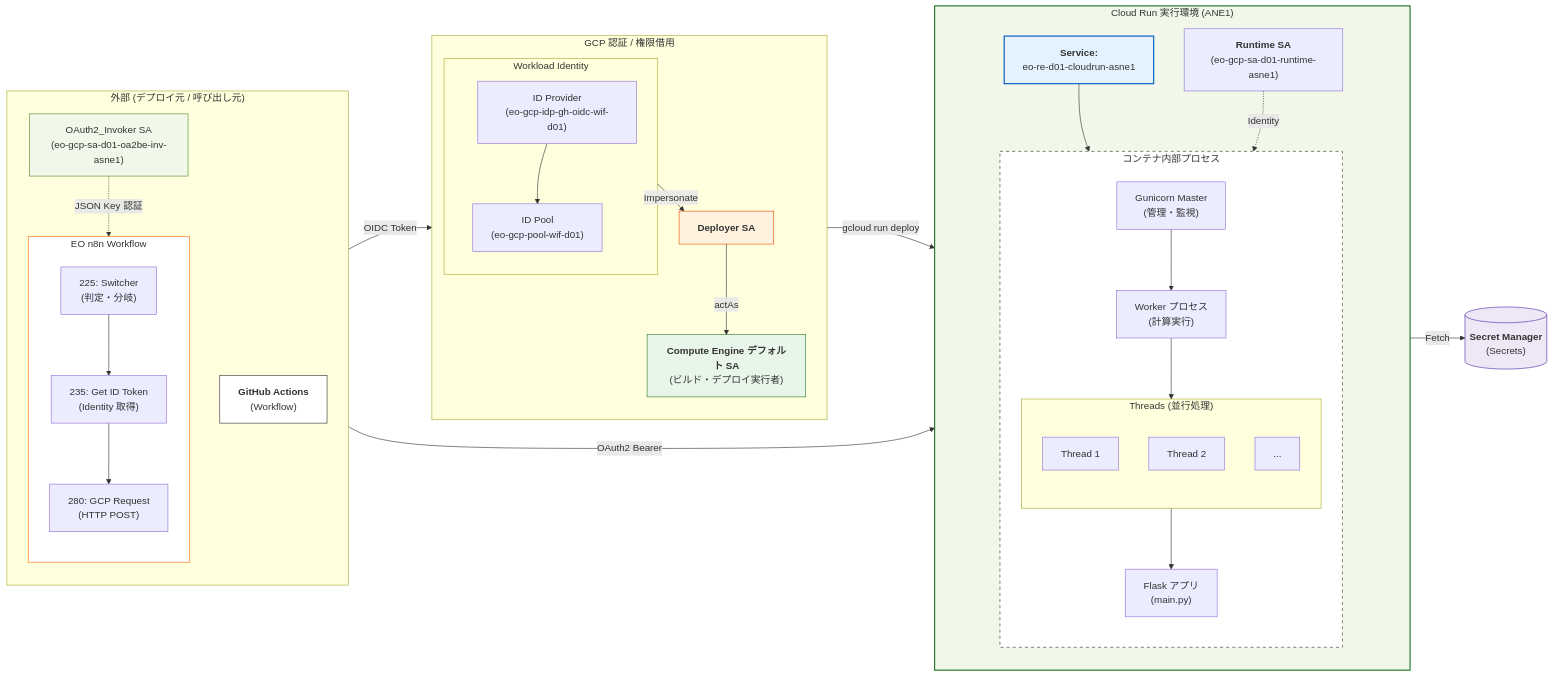
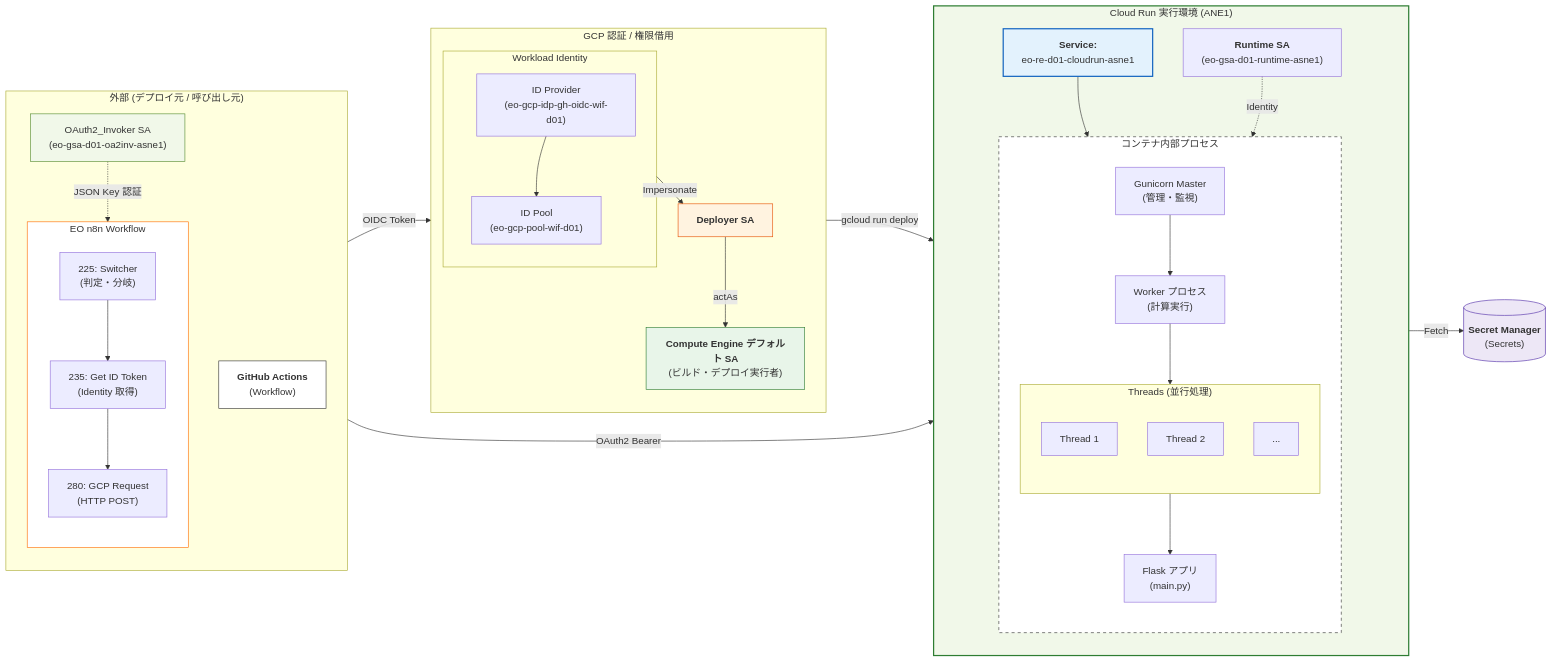
Before and after one commit to Masamasamasashito/EdgeOptimizer: the diagram in EO_Documents/Manuals/py/CloudRun_README.md, drawn with Mermaid. The commit also changed other lines of this file and 4 other files, not shown here.

First line of the commit message:
docs(gcp): Cloud Run まわりを gsa / oa2inv 命名に統一

````diff
--- a/EO_Documents/Manuals/py/CloudRun_README.md
+++ b/EO_Documents/Manuals/py/CloudRun_README.md
@@ -992,79 +992,79 @@
 ```mermaid
 flowchart LR
     %% External Systems
     subgraph External ["外部 (デプロイ元 / 呼び出し元)"]
         direction TB
         GHA["<b>GitHub Actions</b><br/>(Workflow)"]
         
         subgraph n8n_Block ["EO n8n Workflow"]
             direction TB
             N225["225: Switcher<br/>(判定・分岐)"]
             N235["235: Get ID Token<br/>(Identity 取得)"]
             N280["280: GCP Request<br/>(HTTP POST)"]
             
             N225 --> N235 --> N280
         end
         
-        SAO["OAuth2_Invoker SA<br/>(eo-gcp-sa-d01-oa2be-inv-asne1)"]
+        SAO["OAuth2_Invoker SA<br/>(eo-gsa-d01-oa2inv-asne1)"]
         SAO -.->|JSON Key 認証| N235
     end
 
     %% Auth Layer
     subgraph Auth ["GCP 認証 / 権限借用"]
         direction TB
         subgraph WIF ["Workload Identity"]
             IDP["ID Provider<br/>(eo-gcp-idp-gh-oidc-wif-d01)"] --> Pool["ID Pool<br/>(eo-gcp-pool-wif-d01)"]
         end
         SAD["<b>Deployer SA</b>"]
         SACE["<b>Compute Engine デフォルト SA</b><br/>(ビルド・デプロイ実行者)"]
         WIF -->|Impersonate| SAD
         SAD -->|actAs| SACE
     end
 
     %% Cloud Run Environment
     subgraph RunEnv ["Cloud Run 実行環境 (ANE1)"]
         direction TB
         ServiceNode["<b>Service:</b><br/>eo-re-d01-cloudrun-asne1"]
         
         subgraph Container ["コンテナ内部プロセス"]
             direction TB
             Master["Gunicorn Master<br/>(管理・監視)"]
             Worker["Worker プロセス<br/>(計算実行)"]
             
             subgraph Concurrency ["Threads (並行処理)"]
                 direction TB
                 T1["Thread 1"]
                 T2["Thread 2"]
                 T3["..."]
             end
             
             Master --> Worker
             Worker --> Concurrency
             Concurrency --> Flask["Flask アプリ<br/>(main.py)"]
         end
         
-        SAR["<b>Runtime SA</b><br/>(eo-gcp-sa-d01-runtime-asne1)"]
+        SAR["<b>Runtime SA</b><br/>(eo-gsa-d01-runtime-asne1)"]
         ServiceNode --> Master
         SAR -.->|Identity| Master
     end
 
     %% Services
     SecretMng[("<b>Secret Manager</b><br/>(Secrets)")]
 
     %% Main Flows
     GHA -->|OIDC Token| IDP
     SACE -->|gcloud run deploy| ServiceNode
     N280 -->|OAuth2 Bearer| ServiceNode
     Flask -->|Fetch| SecretMng
 
     %% Styling
     style RunEnv fill:#f1f8e9,stroke:#2e7d32,stroke-width:2px
     style Container fill:#fff,stroke:#333,stroke-dasharray: 5 5
     style ServiceNode fill:#e3f2fd,stroke:#1565c0,stroke-width:2px
     style SAD fill:#fff3e0,stroke:#e65100
     style SACE fill:#e8f5e9,stroke:#2e7d32
     style SAO fill:#f1f8e9,stroke:#558b2f
     style SecretMng fill:#ede7f6,stroke:#512da8
     style n8n_Block fill:#fff,stroke:#ff6d00
     style GHA fill:#fff,stroke:#333
 ```
````
